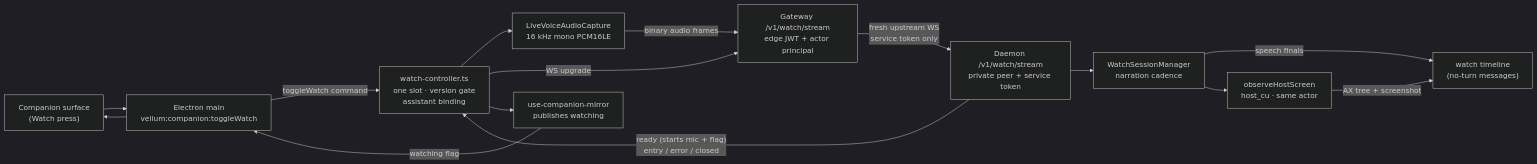
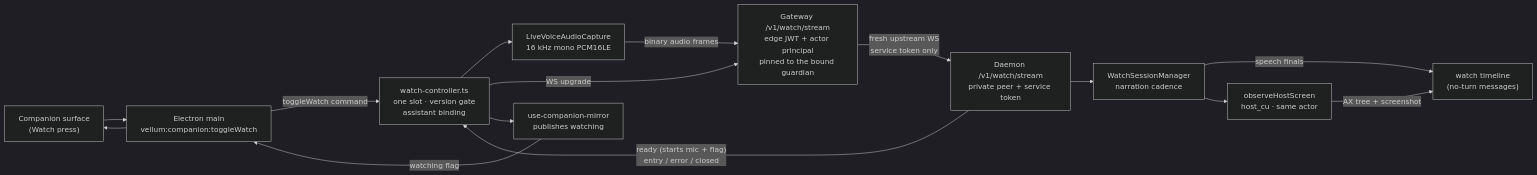
The third of 3 diagrams in ARCHITECTURE.md (vellum-ai/vellum-assistant), drawn with Mermaid (dark theme) before and after one commit. The commit also changed other lines of this file and 10 other files, not shown here.

````diff
--- a/ARCHITECTURE.md
+++ b/ARCHITECTURE.md
@@ -721,28 +721,28 @@
 ```mermaid
 graph LR
     SURFACE["Companion surface<br/>(Watch press)"]
     MAIN["Electron main<br/>vellum:companion:toggleWatch"]
     CTRL["watch-controller.ts<br/>one slot · version gate<br/>assistant binding"]
     MIC["LiveVoiceAudioCapture<br/>16 kHz mono PCM16LE"]
-    GW["Gateway /v1/watch/stream<br/>edge JWT + actor principal"]
+    GW["Gateway /v1/watch/stream<br/>edge JWT + actor principal<br/>pinned to the bound guardian"]
     RT["Daemon /v1/watch/stream<br/>private peer + service token"]
     MGR["WatchSessionManager<br/>narration cadence"]
     OBS["observeHostScreen<br/>host_cu · same actor"]
     TL["watch timeline<br/>(no-turn messages)"]
     MIRROR["use-companion-mirror<br/>publishes watching"]
 
     SURFACE --> MAIN
     MAIN -->|"toggleWatch command"| CTRL
     CTRL --> MIC
     MIC -->|"binary audio frames"| GW
     CTRL -->|"WS upgrade"| GW
     GW -->|"fresh upstream WS<br/>service token only"| RT
     RT --> MGR
     MGR -->|"speech finals"| TL
     MGR --> OBS
     OBS -->|"AX tree + screenshot"| TL
     RT -->|"ready (starts mic + flag)<br/>entry / error / closed"| CTRL
     CTRL --> MIRROR
     MIRROR -->|"watching flag"| MAIN
     MAIN --> SURFACE
 ```
````
